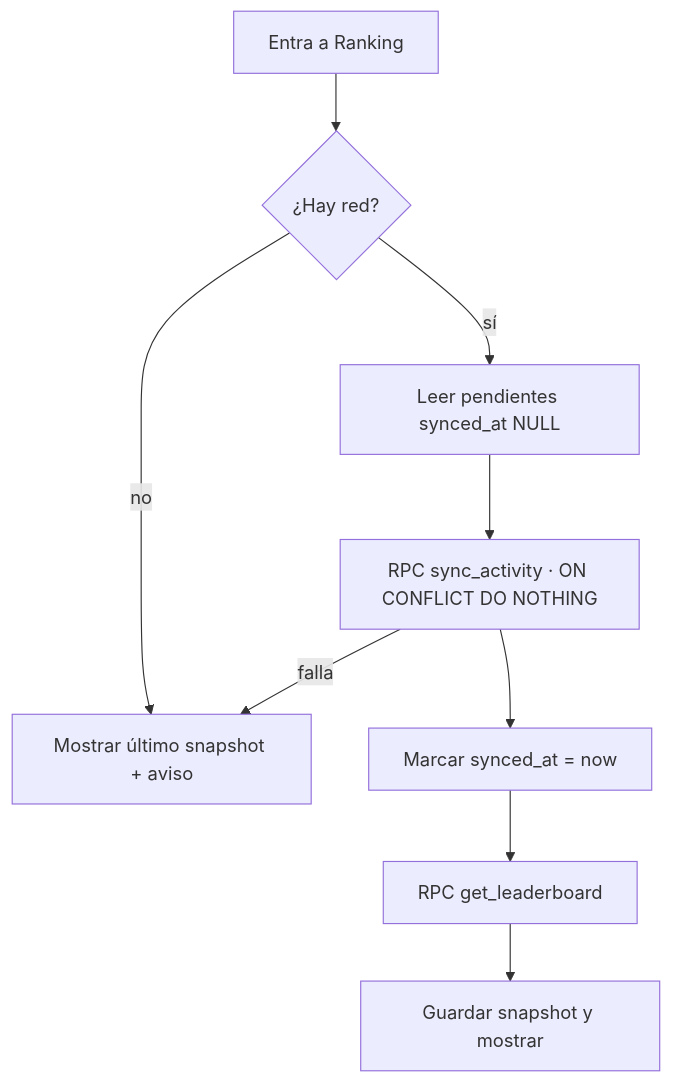
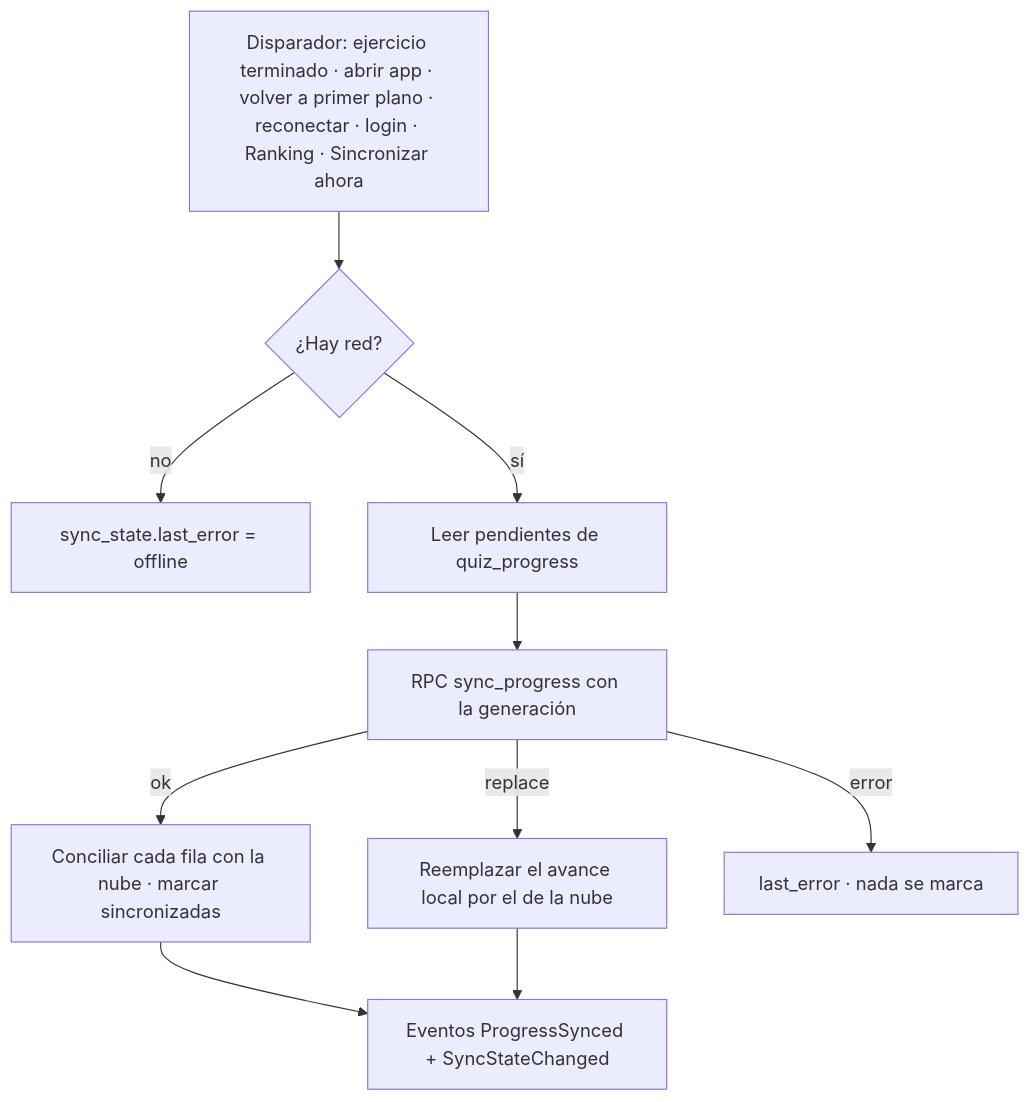
The third of 3 diagrams in docs/ARCHITECTURE.md (Darwin073100/contaitscch-app), drawn with Mermaid before and after one commit. The commit also changed other lines of this file and 21 other files, not shown here.

````diff
--- a/docs/ARCHITECTURE.md
+++ b/docs/ARCHITECTURE.md
@@ -725,11 +549,12 @@
 ```mermaid
 flowchart TD
-  A[Entra a Ranking] --> B{¿Hay red?}
-  B -- no --> X[Mostrar último snapshot + aviso]
-  B -- sí --> C[Leer pendientes synced_at NULL]
-  C --> D[RPC sync_activity · ON CONFLICT DO NOTHING]
-  D -- falla --> X
-  D --> E[Marcar synced_at = now]
-  E --> F[RPC get_leaderboard]
-  F --> G[Guardar snapshot y mostrar]
+  T[Disparador: ejercicio terminado · abrir app · volver a primer plano · reconectar · login · Ranking · Sincronizar ahora] --> R{¿Hay red?}
+  R -- no --> O[sync_state.last_error = offline]
+  R -- sí --> P[Leer pendientes de quiz_progress]
+  P --> S[RPC sync_progress con la generación]
+  S -- ok --> M[Conciliar cada fila con la nube · marcar sincronizadas]
+  S -- replace --> RP[Reemplazar el avance local por el de la nube]
+  S -- error --> E[last_error · nada se marca]
+  M --> EV[Eventos ProgressSynced + SyncStateChanged]
+  RP --> EV
 ```
````
